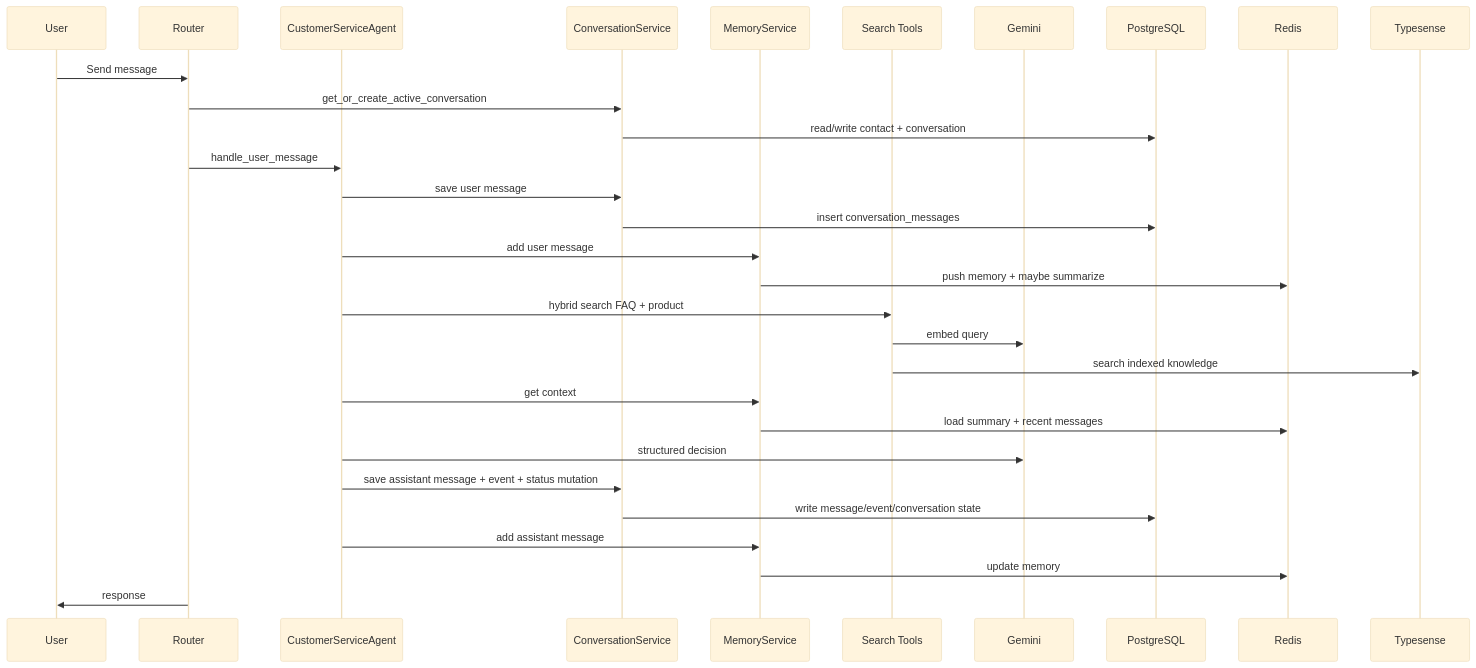
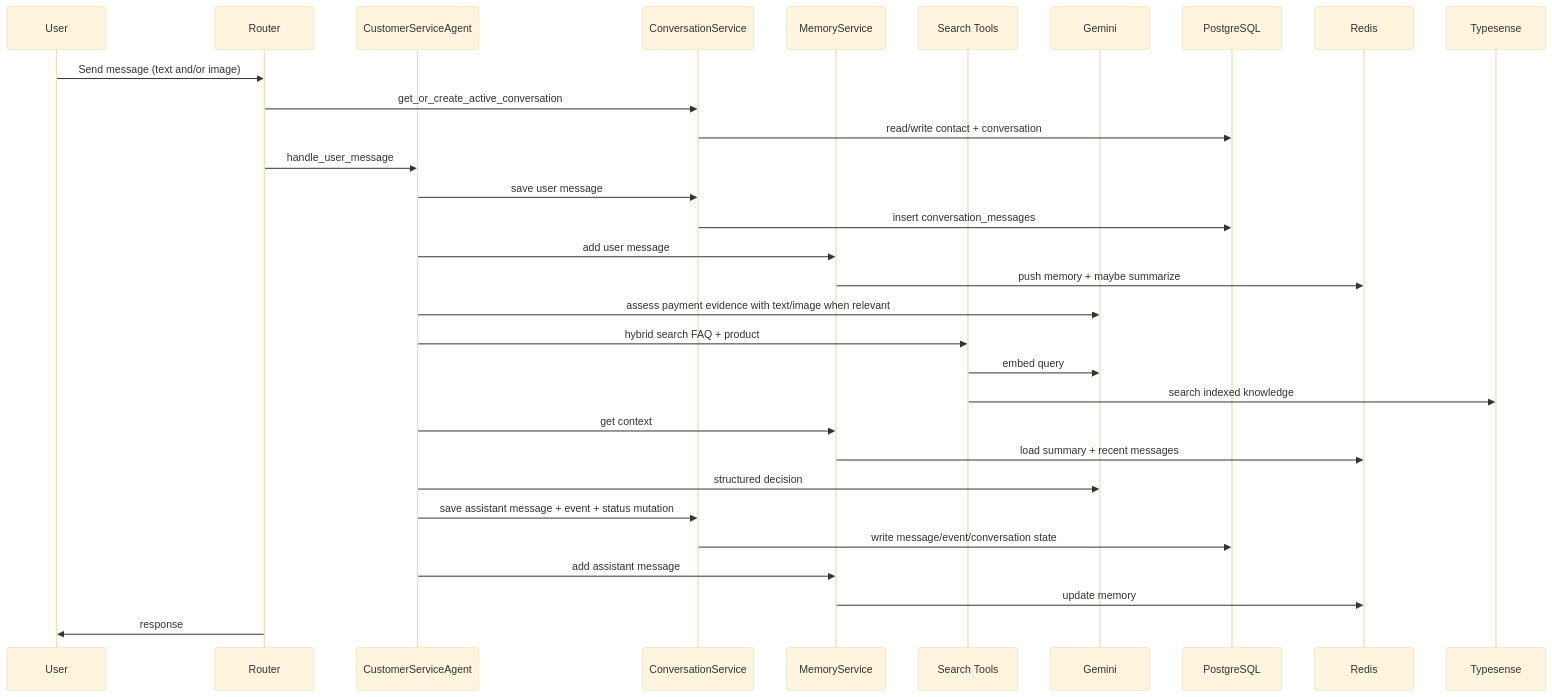
One commit to akmalmzkki25/mini-harness-agent-cs changed the second of 3 diagrams in docs/DOCUMENTATION.md. Above: the diagram before and after it, drawn with Mermaid (base theme). The commit also changed other lines of this file and 16 other files, not shown here.

````diff
--- a/docs/DOCUMENTATION.md
+++ b/docs/DOCUMENTATION.md
@@ -250,33 +272,34 @@
 ```mermaid
 sequenceDiagram
     participant U as User
     participant R as Router
     participant A as CustomerServiceAgent
     participant C as ConversationService
     participant M as MemoryService
     participant S as Search Tools
     participant G as Gemini
     participant DB as PostgreSQL
     participant RD as Redis
     participant TS as Typesense
 
-    U->>R: Send message
+    U->>R: Send message (text and/or image)
     R->>C: get_or_create_active_conversation
     C->>DB: read/write contact + conversation
     R->>A: handle_user_message
     A->>C: save user message
     C->>DB: insert conversation_messages
     A->>M: add user message
     M->>RD: push memory + maybe summarize
+    A->>G: assess payment evidence with text/image when relevant
     A->>S: hybrid search FAQ + product
     S->>G: embed query
     S->>TS: search indexed knowledge
     A->>M: get context
     M->>RD: load summary + recent messages
     A->>G: structured decision
     A->>C: save assistant message + event + status mutation
     C->>DB: write message/event/conversation state
     A->>M: add assistant message
     M->>RD: update memory
     R->>U: response
 ```
````
